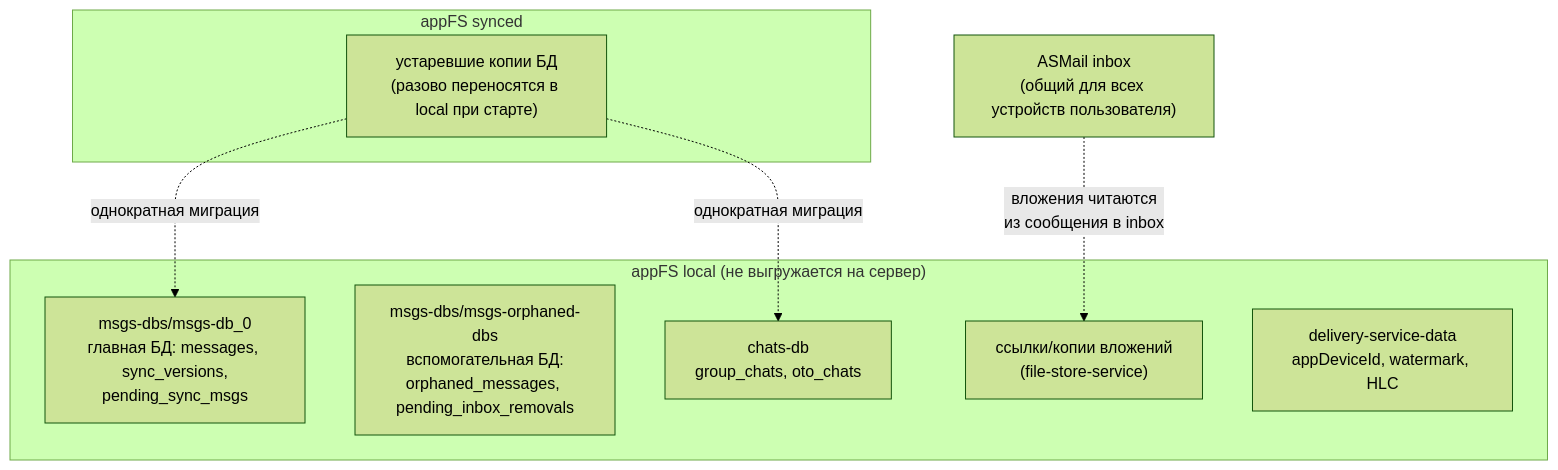
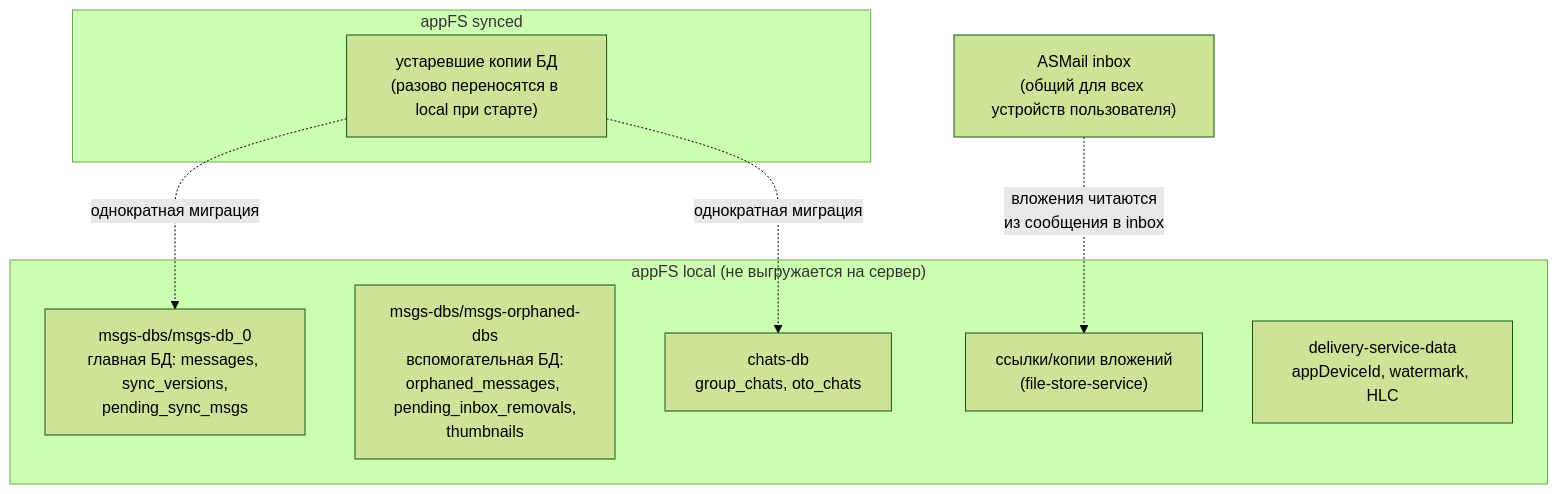
The first of 4 diagrams in doc/02-data-model.md (PrivacySafe/chat.app.privacysafe.io), drawn with Mermaid (forest theme) before and after one commit. The commit also changed other lines of this file and 85 other files, not shown here.

````diff
--- a/doc/02-data-model.md
+++ b/doc/02-data-model.md
@@ -10,18 +10,18 @@
 ```mermaid
 flowchart TB
   subgraph local["appFS local (не выгружается на сервер)"]
     M["msgs-dbs/msgs-db_0<br/>главная БД: messages, sync_versions,<br/>pending_sync_msgs"]
-    A["msgs-dbs/msgs-orphaned-dbs<br/>вспомогательная БД:<br/>orphaned_messages, pending_inbox_removals"]
+    A["msgs-dbs/msgs-orphaned-dbs<br/>вспомогательная БД:<br/>orphaned_messages, pending_inbox_removals,<br/>thumbnails"]
     C["chats-db<br/>group_chats, oto_chats"]
     F["ссылки/копии вложений<br/>(file-store-service)"]
     D["delivery-service-data<br/>appDeviceId, watermark, HLC"]
   end
   subgraph synced["appFS synced"]
     S["устаревшие копии БД<br/>(разово переносятся в local при старте)"]
   end
   Inbox["ASMail inbox<br/>(общий для всех устройств пользователя)"]
 
   S -. "однократная миграция" .-> M
   S -. "однократная миграция" .-> C
   Inbox -. "вложения читаются<br/>из сообщения в inbox" .-> F
 ```
````
